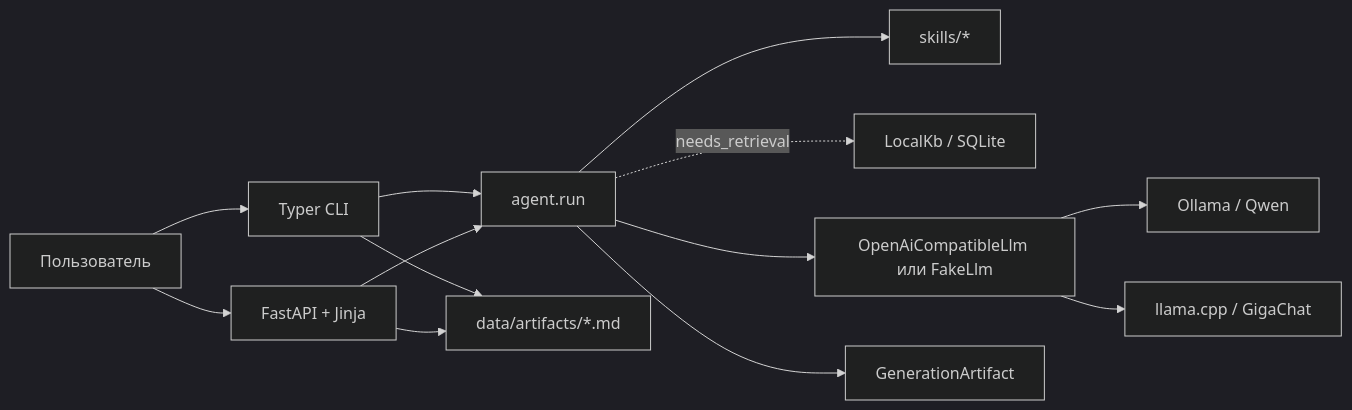
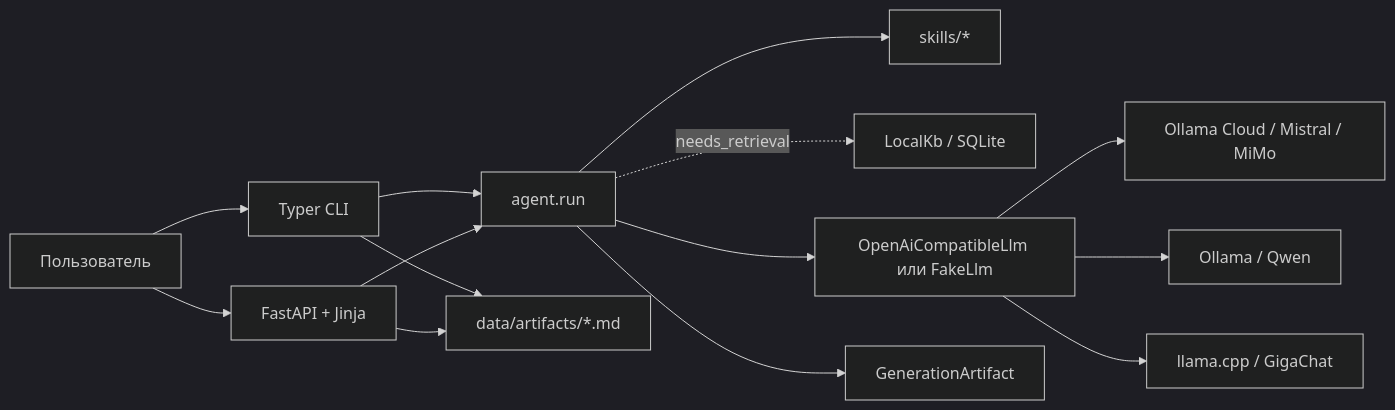
Before and after one commit to Alexion24/project_misterio: the diagram in docs/architecture.md, drawn with Mermaid (dark theme). The commit also changed other lines of this file and 14 other files, not shown here.

````diff
--- a/docs/architecture.md
+++ b/docs/architecture.md
@@ -7,15 +7,16 @@
 ```mermaid
 flowchart LR
     User[Пользователь] --> CLI[Typer CLI]
     User --> UI[FastAPI + Jinja]
     CLI --> Agent[agent.run]
     UI --> Agent
     Agent --> Skills[skills/*]
     Agent -.->|needs_retrieval| KB[LocalKb / SQLite]
     Agent --> LLM[OpenAiCompatibleLlm или FakeLlm]
+    LLM --> Cloud[Ollama Cloud / Mistral / MiMo]
     LLM --> Ollama[Ollama / Qwen]
     LLM --> Llama[llama.cpp / GigaChat]
     Agent --> Artifact[GenerationArtifact]
     CLI --> Files[data/artifacts/*.md]
     UI --> Files
 ```
````
